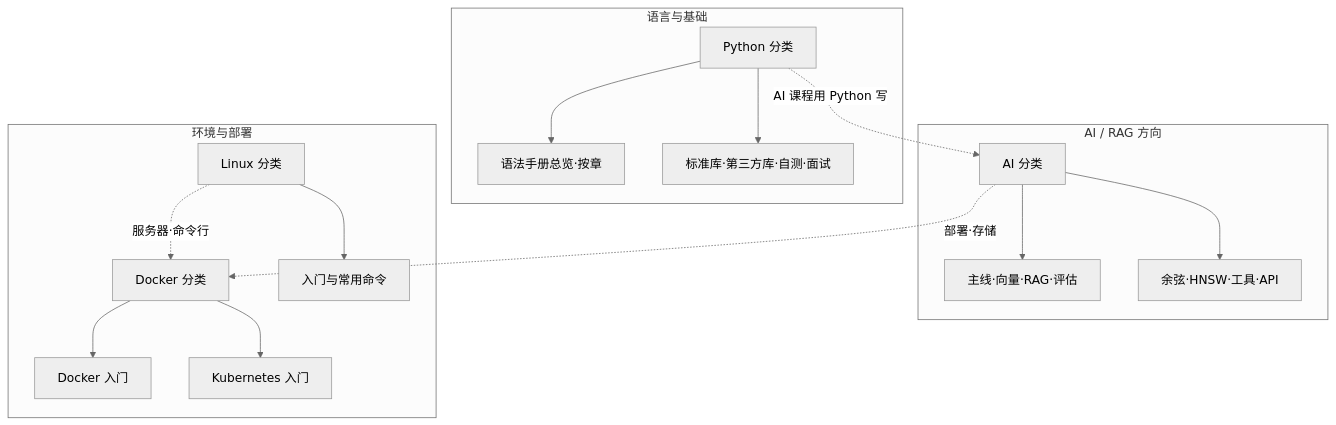
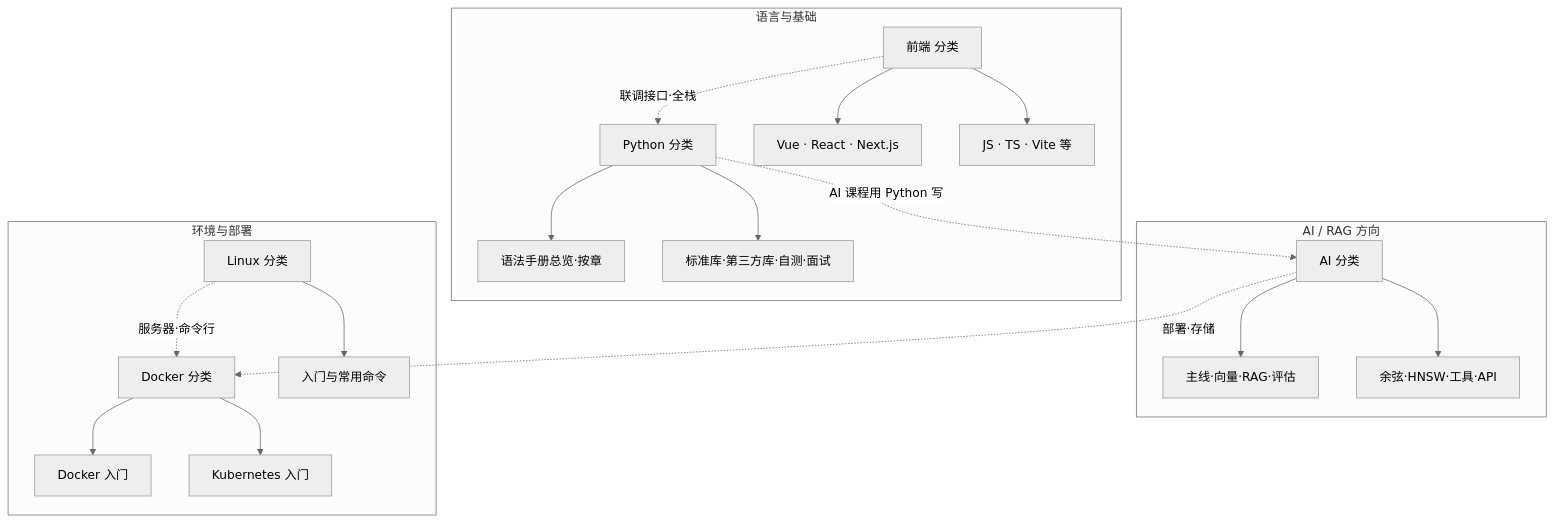
One commit to wangtao1025/obsidian changed the diagram in Python/docs/学习路径总览.md. Above: the diagram before and after it, drawn with Mermaid (neutral theme). The commit also changed other lines of this file and 3 other files, not shown here.

````diff
--- a/Python/docs/学习路径总览.md
+++ b/Python/docs/学习路径总览.md
@@ -11,23 +11,27 @@
 ```mermaid
 graph TB
   subgraph 语言与基础[语言与基础]
     Py[Python 分类]
     Py --> Py1[语法手册总览·按章]
     Py --> Py2[标准库·第三方库·自测·面试]
+    FE[前端 分类]
+    FE --> FE1[Vue · React · Next.js]
+    FE --> FE2[JS · TS · Vite 等]
   end
   subgraph AI方向[AI / RAG 方向]
     AI[AI 分类]
     AI --> AI1[主线·向量·RAG·评估]
     AI --> AI2[余弦·HNSW·工具·API]
   end
   subgraph 环境与部署[环境与部署]
     Linux[Linux 分类]
     Docker[Docker 分类]
     Linux --> Linux1[入门与常用命令]
     Docker --> Docker1[Docker 入门]
     Docker --> K8s[Kubernetes 入门]
   end
   Py -.->|AI 课程用 Python 写| AI
   AI -.->|部署·存储| Docker
   Linux -.->|服务器·命令行| Docker
+  FE -.->|联调接口·全栈| Py
 ```
````
